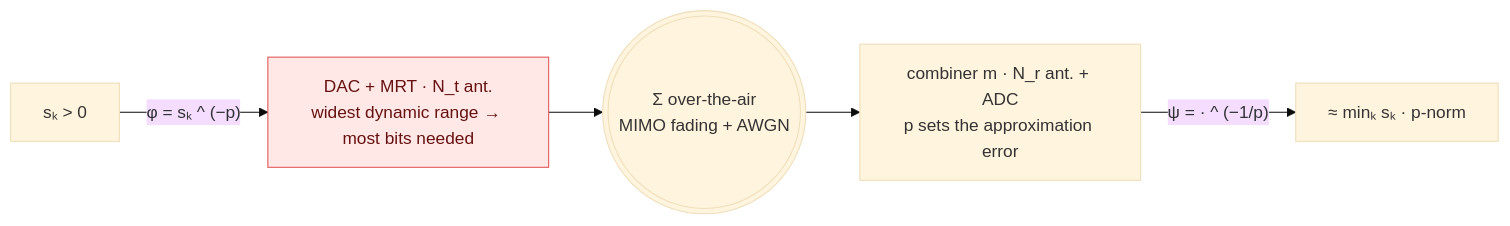
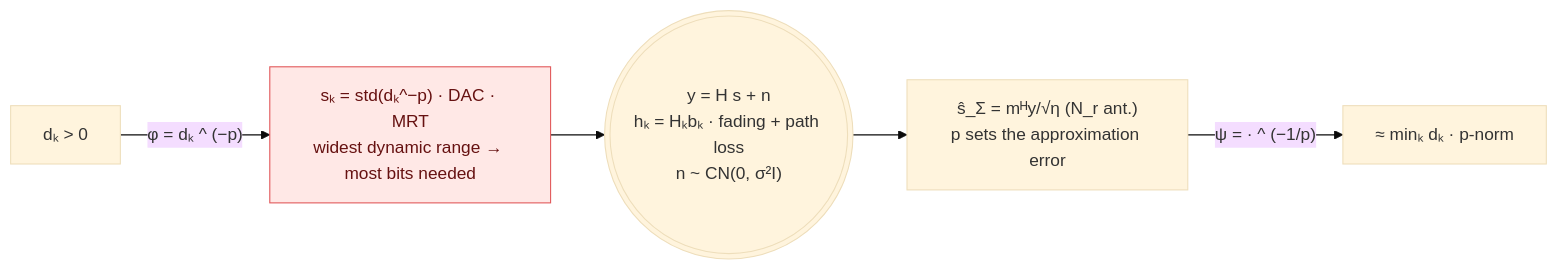
One commit to wincle626/OverAirCompute changed diagram 13 of 13 in README.md. Above: the diagram before and after it, drawn with Mermaid (base theme). The commit also changed other lines of this file, not shown here.

````diff
--- a/README.md
+++ b/README.md
@@ -374,9 +391,9 @@
 ```mermaid
 flowchart LR
-    s["sₖ > 0"] -->|"φ = sₖ ^ (−p)"| tx["DAC + MRT · N_t ant.<br/>widest dynamic range → most bits needed"]
-    tx --> air((("Σ over-the-air<br/>MIMO fading + AWGN")))
-    air --> rx["combiner m · N_r ant. + ADC<br/>p sets the approximation error"]
-    rx -->|"ψ = · ^ (−1/p)"| r["≈ minₖ sₖ  ·  p-norm"]
+    d["dₖ > 0"] -->|"φ = dₖ ^ (−p)"| tx["sₖ = std(dₖ^−p) · DAC · MRT<br/>widest dynamic range → most bits needed"]
+    tx --> y((("y = H s + n<br/>hₖ = Hₖbₖ · fading + path loss<br/>n ~ CN(0, σ²I)")))
+    y --> rx["ŝ_Σ = mᴴy/√η (N_r ant.)<br/>p sets the approximation error"]
+    rx -->|"ψ = · ^ (−1/p)"| r["≈ minₖ dₖ  ·  p-norm"]
     classDef hot fill:#ffe8e6,stroke:#E15759,color:#611;
     class tx hot;
 ```
````
